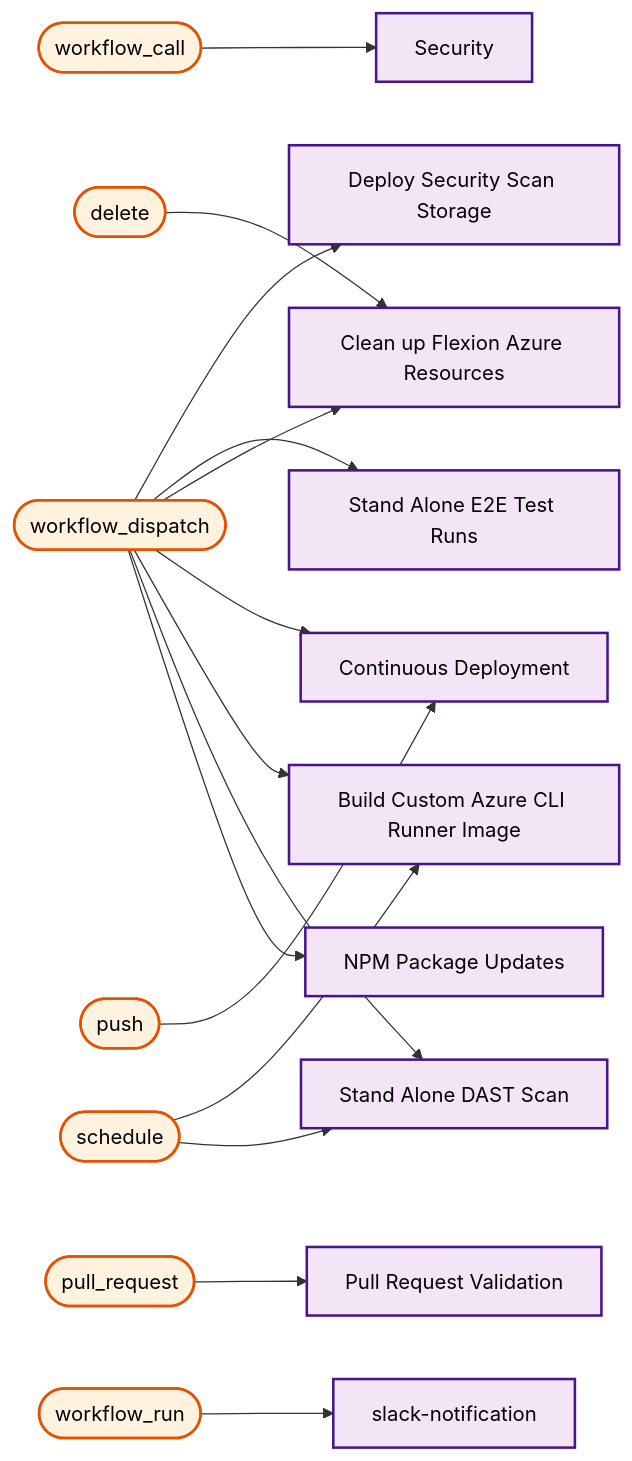
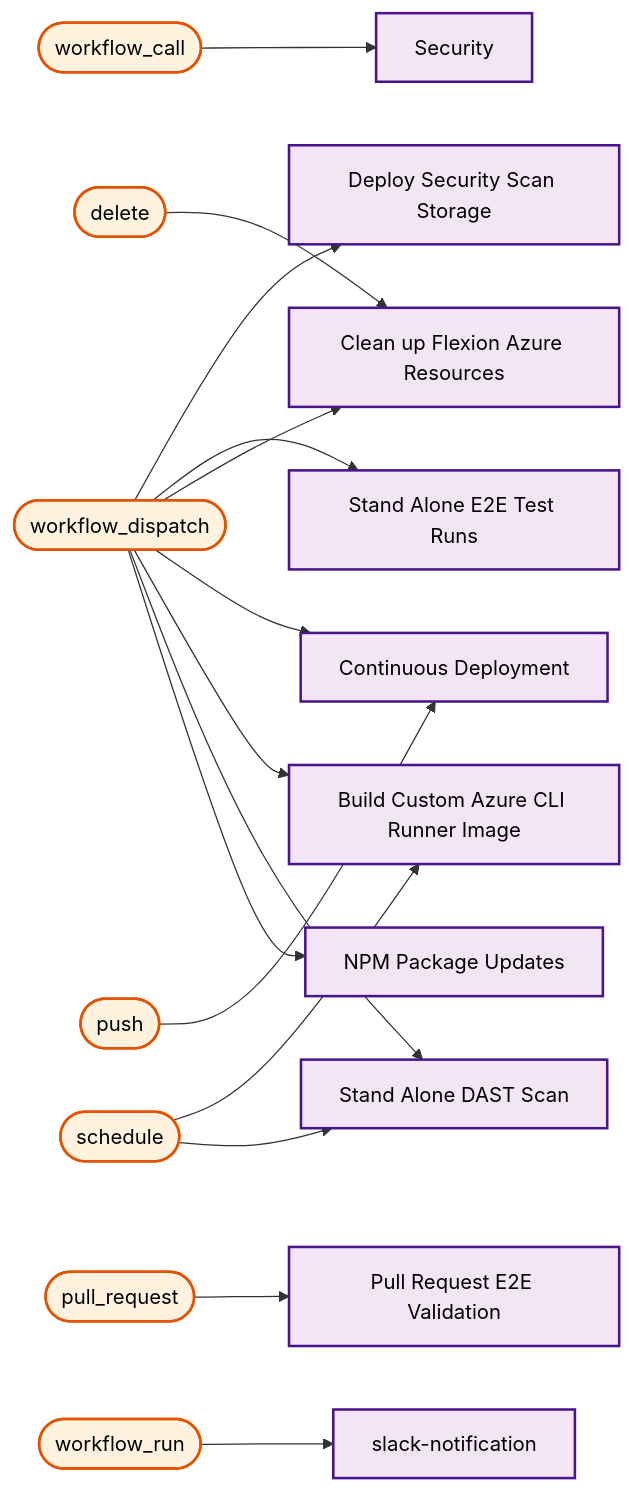
Before and after one commit to US-Trustee-Program/Bankruptcy-Oversight-Support-Systems: diagram 22 of 22 in docs/operations/workflow-diagram.md, drawn with Mermaid. The commit also changed other lines of this file and 1 other file, not shown here.

First line of the commit message:
Simplify PR validation to only run e2e tests

````diff
--- a/docs/operations/workflow-diagram.md
+++ b/docs/operations/workflow-diagram.md
@@ -1346,60 +1299,60 @@
 ```mermaid
 flowchart LR
     trigger_workflow_call(["workflow_call"])
     sub_security_scan_yml["Security"]
     trigger_workflow_dispatch(["workflow_dispatch"])
     deploy_security_scan_storage_yml["Deploy Security Scan Storage"]
     e2e_test_yml["Stand Alone E2E Test Runs"]
     azure_remove_branch_yml["Clean up Flexion Azure Resources"]
     continuous_deployment_yml["Continuous Deployment"]
     build_azure_cli_image_yml["Build Custom Azure CLI Runner Image"]
     dast_scan_yml["Stand Alone DAST Scan"]
     update_dependencies_yml["NPM Package Updates"]
     trigger_delete(["delete"])
     azure_remove_branch_yml["Clean up Flexion Azure Resources"]
     trigger_pull_request(["pull_request"])
-    pr_validation_yml["Pull Request Validation"]
+    pr_validation_yml["Pull Request E2E Validation"]
     trigger_push(["push"])
     continuous_deployment_yml["Continuous Deployment"]
     trigger_schedule(["schedule"])
     build_azure_cli_image_yml["Build Custom Azure CLI Runner Image"]
     dast_scan_yml["Stand Alone DAST Scan"]
     trigger_workflow_run(["workflow_run"])
     slack_notification_yml["slack-notification"]
 
     trigger_workflow_call --> sub_security_scan_yml
     trigger_workflow_dispatch --> deploy_security_scan_storage_yml
     trigger_workflow_dispatch --> e2e_test_yml
     trigger_workflow_dispatch --> azure_remove_branch_yml
     trigger_workflow_dispatch --> continuous_deployment_yml
     trigger_workflow_dispatch --> build_azure_cli_image_yml
     trigger_workflow_dispatch --> dast_scan_yml
     trigger_workflow_dispatch --> update_dependencies_yml
     trigger_delete --> azure_remove_branch_yml
     trigger_pull_request --> pr_validation_yml
     trigger_push --> continuous_deployment_yml
     trigger_schedule --> build_azure_cli_image_yml
     trigger_schedule --> dast_scan_yml
     trigger_workflow_run --> slack_notification_yml
 
     classDef mainWorkflow fill:#f3e5f5,stroke:#4a148c,stroke-width:2px,color:#000000
     classDef trigger fill:#fff3e0,stroke:#e65100,stroke-width:2px,color:#000000
 
     class trigger_workflow_call trigger
     class trigger_workflow_dispatch trigger
     class trigger_delete trigger
     class trigger_pull_request trigger
     class trigger_push trigger
     class trigger_schedule trigger
     class trigger_workflow_run trigger
     class sub_security_scan_yml mainWorkflow
     class deploy_security_scan_storage_yml mainWorkflow
     class e2e_test_yml mainWorkflow
     class azure_remove_branch_yml mainWorkflow
     class pr_validation_yml mainWorkflow
     class continuous_deployment_yml mainWorkflow
     class build_azure_cli_image_yml mainWorkflow
     class dast_scan_yml mainWorkflow
     class update_dependencies_yml mainWorkflow
     class slack_notification_yml mainWorkflow
 ```
````
